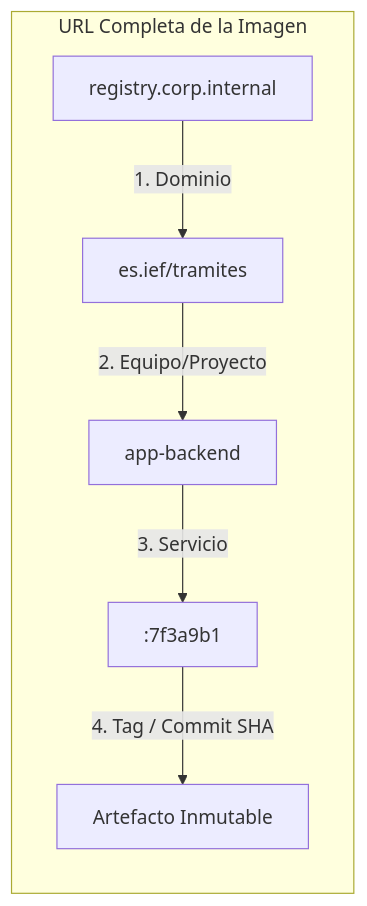
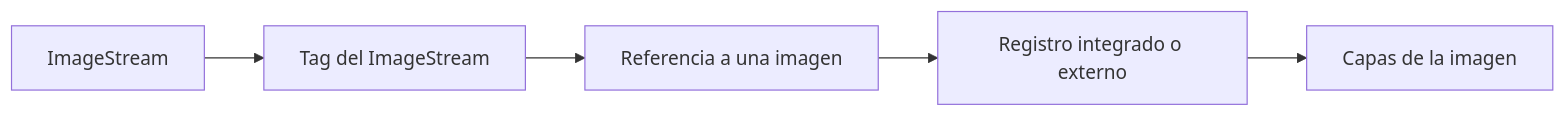
One commit to ieftraining/curso-openshift changed the second of 3 diagrams in docs/sesion4/4.4 Registro, gestión y seguridad de imágenes.md. Above: the diagram before and after it, drawn with Mermaid. The commit also changed other lines of this file, not shown here.

````diff
--- a/docs/sesion4/4.4 Registro, gestión y seguridad de imágenes.md
+++ b/docs/sesion4/4.4 Registro, gestión y seguridad de imágenes.md
@@ -52,9 +172,7 @@
 ```mermaid
 flowchart LR
-    subgraph URL Completa de la Imagen
-        A[registry.corp.internal] -->|1. Dominio| B[es.ief/tramites]
-        B -->|2. Equipo/Proyecto| C[app-backend]
-        C -->|3. Servicio| D[:7f3a9b1]
-        D -->|4. Tag / Commit SHA| E[Artefacto Inmutable]
-    end
+    A[ImageStream] --> B[Tag del ImageStream]
+    B --> C[Referencia a una imagen]
+    C --> D[Registro integrado o externo]
+    D --> E[Capas de la imagen]
 ```
````
